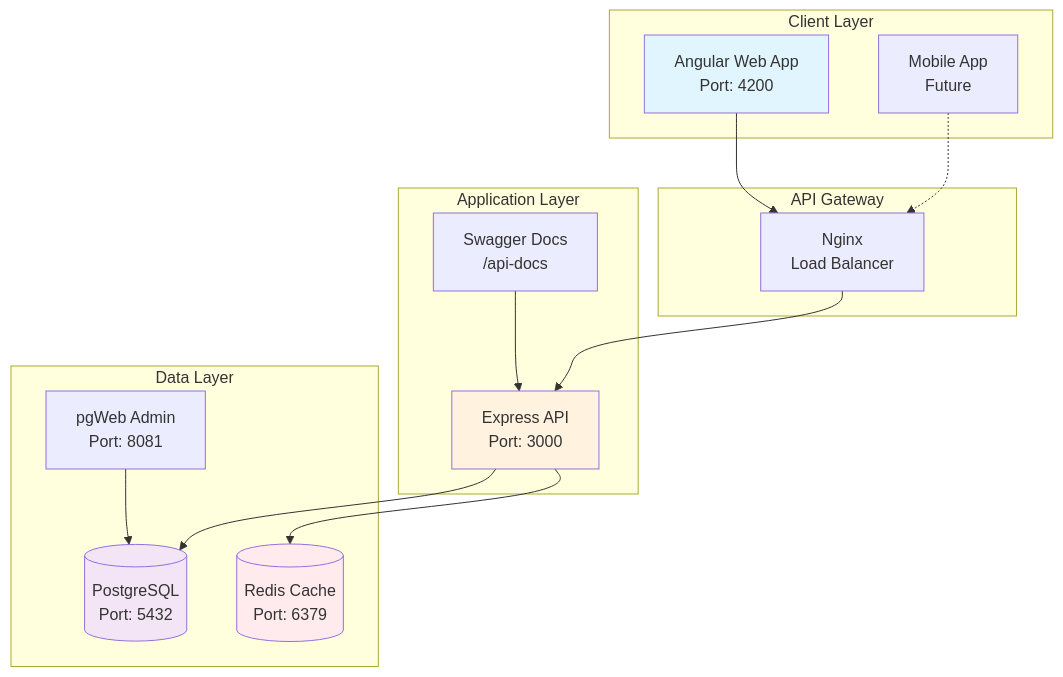
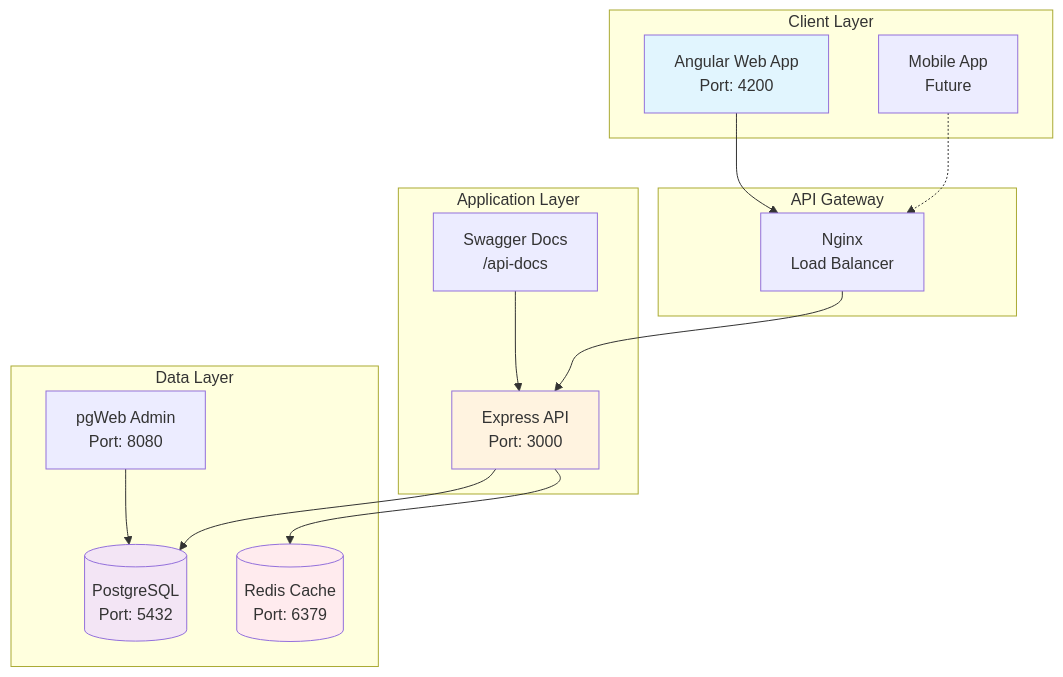
One commit to ValonHajredini/NodeAngularFullStack changed the first of 17 diagrams in CODEBASE_ANALYSIS.md. Above: the diagram before and after it, drawn with Mermaid. The commit also changed 52 other files, not shown here.

````diff
--- a/CODEBASE_ANALYSIS.md
+++ b/CODEBASE_ANALYSIS.md
@@ -27,35 +27,35 @@
 ```mermaid
 graph TB
     subgraph "Client Layer"
         WEB[Angular Web App<br/>Port: 4200]
         MOBILE[Mobile App<br/>Future]
     end
 
     subgraph "API Gateway"
         NGINX[Nginx<br/>Load Balancer]
     end
 
     subgraph "Application Layer"
         API[Express API<br/>Port: 3000]
         SWAGGER[Swagger Docs<br/>/api-docs]
     end
 
     subgraph "Data Layer"
         PG[(PostgreSQL<br/>Port: 5432)]
         REDIS[(Redis Cache<br/>Port: 6379)]
-        PGWEB[pgWeb Admin<br/>Port: 8081]
+        PGWEB[pgWeb Admin<br/>Port: 8080]
     end
 
     WEB --> NGINX
     MOBILE -.-> NGINX
     NGINX --> API
     API --> PG
     API --> REDIS
     SWAGGER --> API
     PGWEB --> PG
 
     style WEB fill:#e1f5fe
     style API fill:#fff3e0
     style PG fill:#f3e5f5
     style REDIS fill:#ffebee
 ```
````
